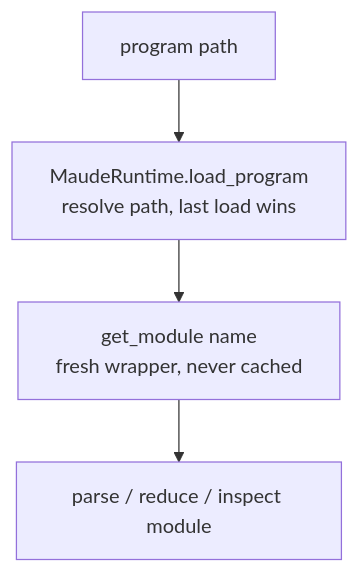
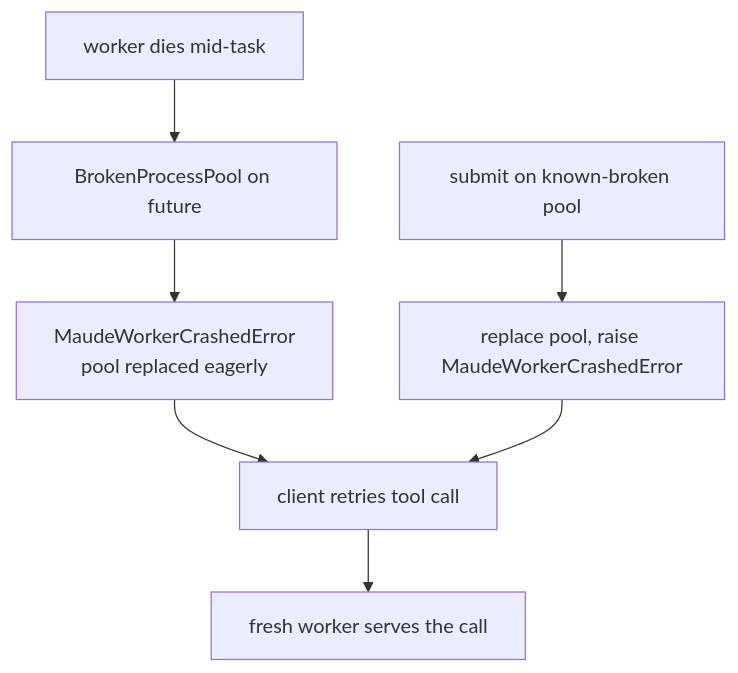
One commit to demiourgoi/Harold changed the second of 2 diagrams in harold-mcp/.agents/summary/workflows.md. Above: the diagram before and after it, drawn with Mermaid. The commit also changed other lines of this file and 11 other files, not shown here.

````diff
--- a/harold-mcp/.agents/summary/workflows.md
+++ b/harold-mcp/.agents/summary/workflows.md
@@ -35,6 +47,9 @@
 ```mermaid
 flowchart TD
-    A[program path] --> B[MaudeRuntime.load_program<br>resolve path, last load wins]
-    B --> C[get_module name<br>fresh wrapper, never cached]
-    C --> D[parse / reduce / inspect module]
+    A[worker dies mid-task] --> B[BrokenProcessPool on future]
+    B --> C[MaudeWorkerCrashedError<br>pool replaced eagerly]
+    C --> D[client retries tool call]
+    D --> E[fresh worker serves the call]
+    F[submit on known-broken pool] --> G[replace pool, raise MaudeWorkerCrashedError]
+    G --> D
 ```
````
